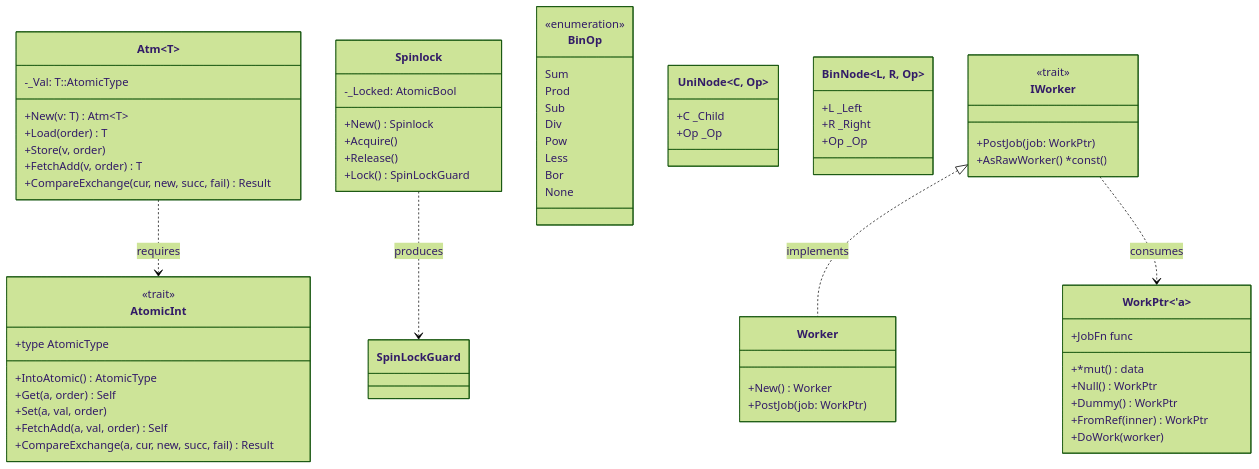
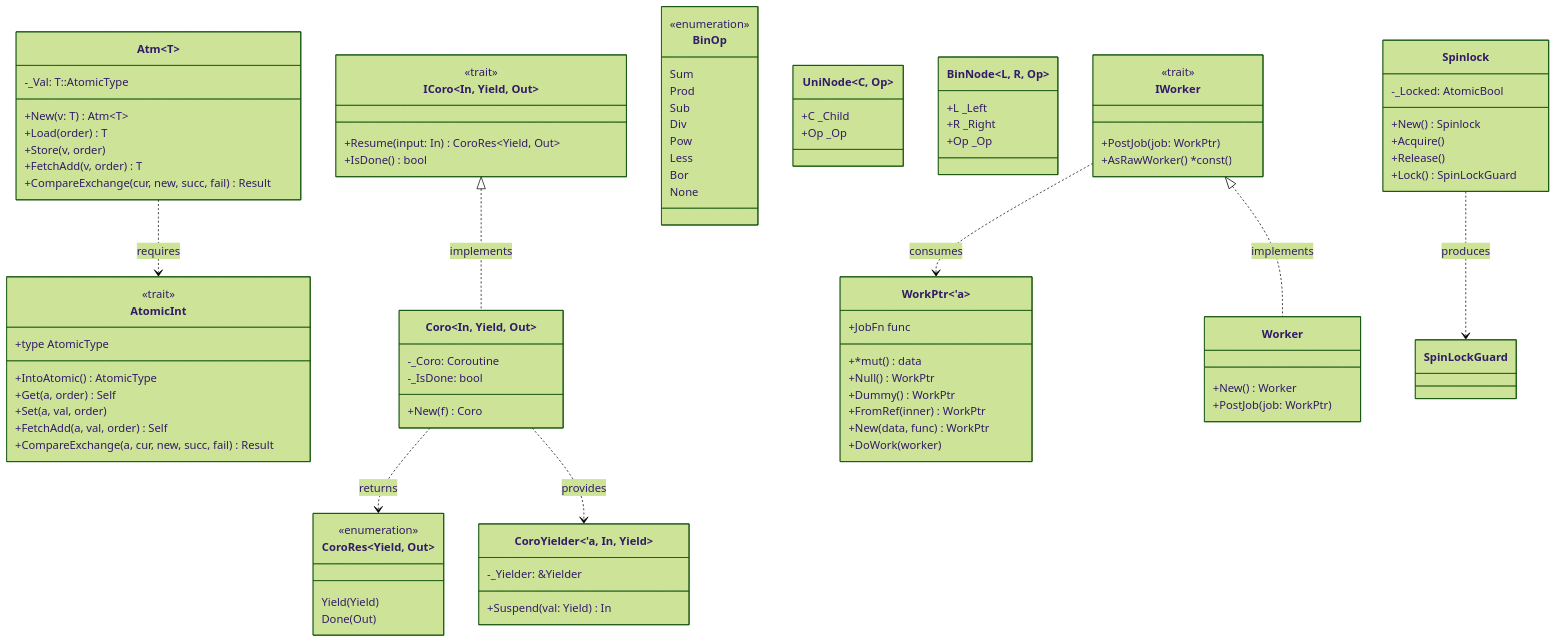
The first of 2 diagrams in wiki/Stalks.md (jswarup/Kosh), drawn with Mermaid (forest theme) before and after one commit. The commit also changed other lines of this file and 6 other files, not shown here.

````diff
--- a/wiki/Stalks.md
+++ b/wiki/Stalks.md
@@ -64,12 +65,36 @@
         +Op _Op
     }
 
+    class ICoro~In, Yield, Out~ {
+        <<trait>>
+        +Resume(input: In) CoroRes~Yield, Out~
+        +IsDone() bool
+    }
+
+    class Coro~In, Yield, Out~ {
+        -_Coro: Coroutine
+        -_IsDone: bool
+        +New(f) Coro
+    }
+
+    class CoroYielder~'a, In, Yield~ {
+        -_Yielder: &Yielder
+        +Suspend(val: Yield) In
+    }
+
+    class CoroRes~Yield, Out~ {
+        <<enumeration>>
+        Yield(Yield)
+        Done(Out)
+    }
+
     class WorkPtr~'a~ {
         +*mut () data
         +JobFn func
         +Null() WorkPtr
         +Dummy() WorkPtr
         +FromRef(inner) WorkPtr
+        +New(data, func) WorkPtr
         +DoWork(worker)
     }
 
@@ -86,6 +111,9 @@
 
     Atm ..> AtomicInt : requires
     Spinlock ..> SpinLockGuard : produces
+    ICoro <|.. Coro : implements
+    Coro ..> CoroRes : returns
+    Coro ..> CoroYielder : provides
     IWorker <|.. Worker : implements
     IWorker ..> WorkPtr : consumes
 ```
````
